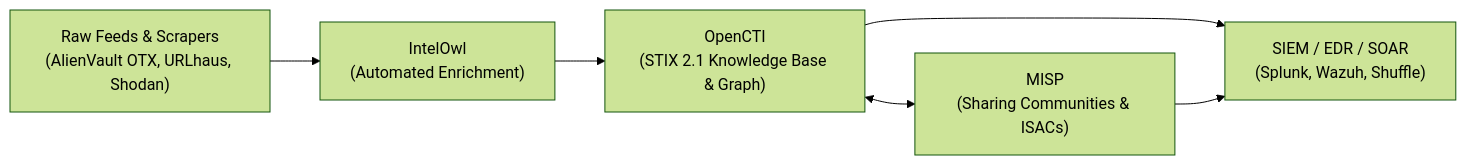
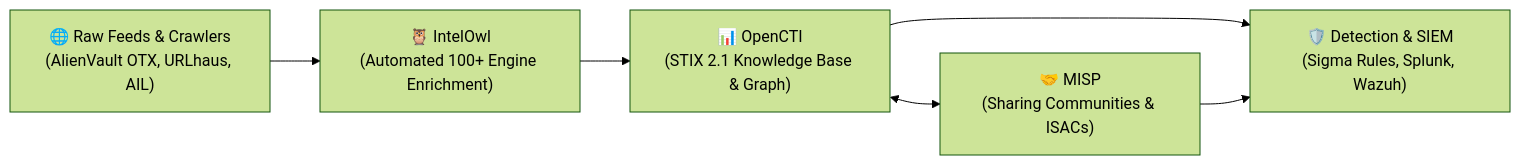
Before and after one commit to ishandutta2007/Awesome-Cyber-Threat-Intelligence: the diagram in README.md, drawn with Mermaid (forest theme). The commit also changed other lines of this file and 1 other file, not shown here.

Commit message:
docs: revamp README with SVG banner, market overview, pricing table, open-source star rankings, and badges

````diff
--- a/README.md
+++ b/README.md
@@ -160,8 +105,8 @@
 ```mermaid
 flowchart LR
-    A["Raw Feeds & Scrapers\n(AlienVault OTX, URLhaus, Shodan)"] --> B["IntelOwl\n(Automated Enrichment)"]
-    B --> C["OpenCTI\n(STIX 2.1 Knowledge Base & Graph)"]
-    C <--> D["MISP\n(Sharing Communities & ISACs)"]
-    C --> E["SIEM / EDR / SOAR\n(Splunk, Wazuh, Shuffle)"]
+    A["🌐 Raw Feeds & Crawlers\n(AlienVault OTX, URLhaus, AIL)"] --> B["🦉 IntelOwl\n(Automated 100+ Engine Enrichment)"]
+    B --> C["📊 OpenCTI\n(STIX 2.1 Knowledge Base & Graph)"]
+    C <--> D["🤝 MISP\n(Sharing Communities & ISACs)"]
+    C --> E["🛡️ Detection & SIEM\n(Sigma Rules, Splunk, Wazuh)"]
     D --> E
 ```
````
